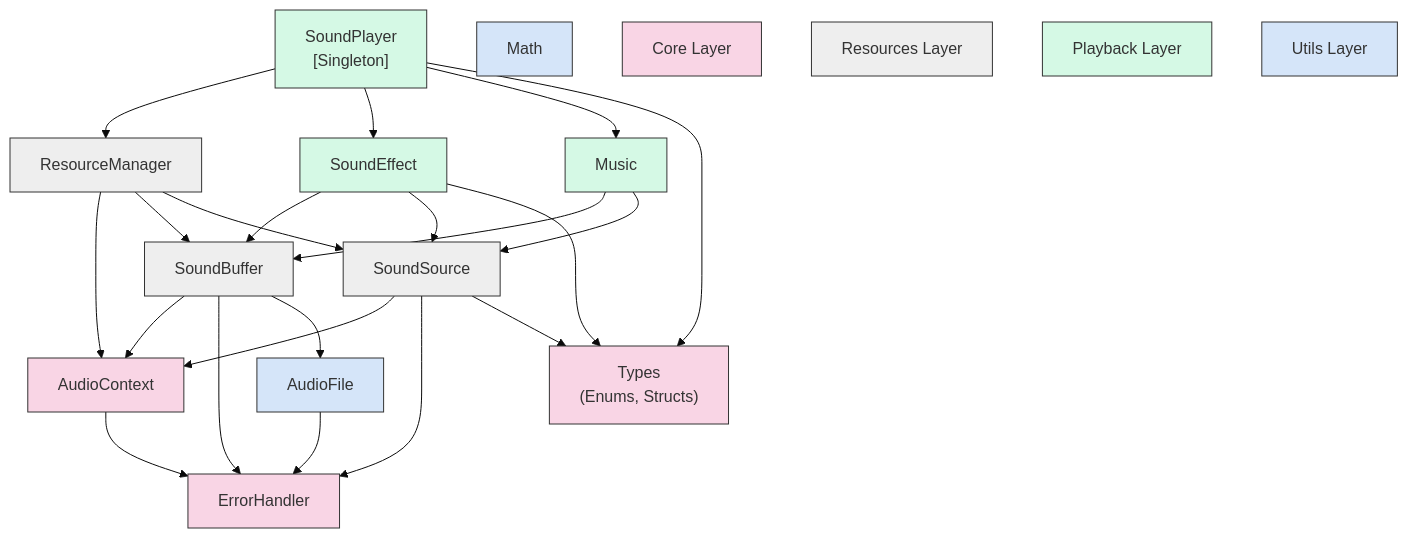
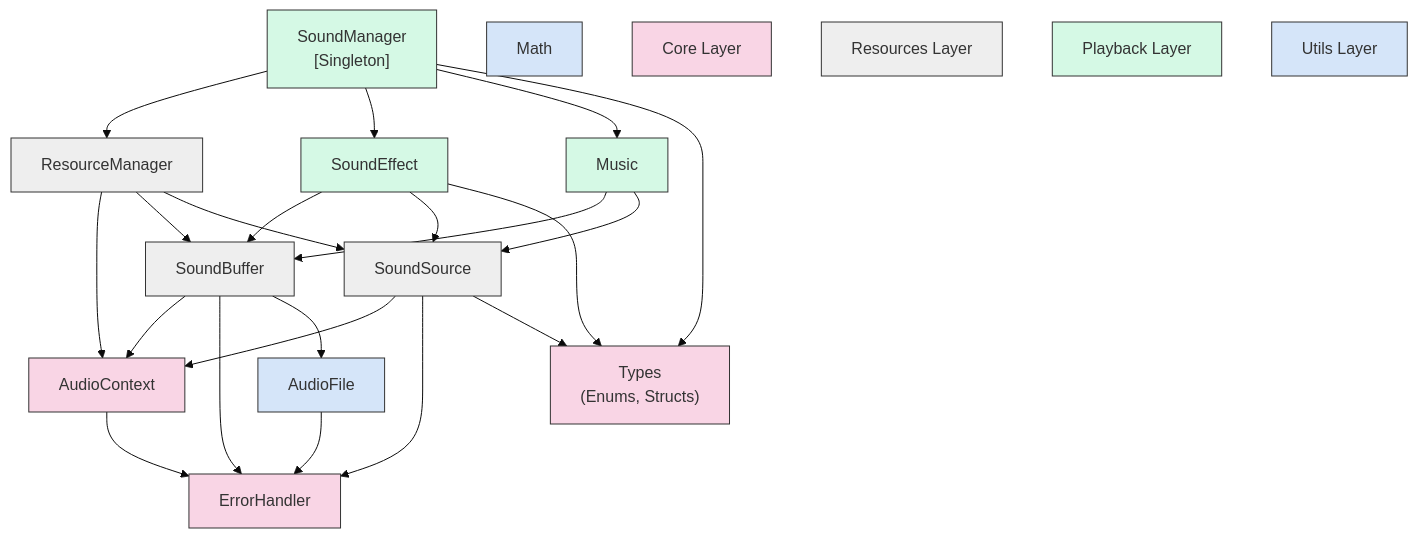
Before and after one commit to nircoe/soundcoe: the diagram in design/flow.md, drawn with Mermaid (base theme). The commit also changed 29 other files, not shown here.

First line of the commit message:
[Core]: Implement sound manager and public API (#3)

```diff
--- a/design/flow.md
+++ b/design/flow.md
@@ -19,7 +19,7 @@
     %% Playback Layer Nodes
     SoundEffect["SoundEffect"]:::playback
     Music["Music"]:::playback
-    SoundPlayer["SoundPlayer\n[Singleton]"]:::playback
+    SoundManager["SoundManager\n[Singleton]"]:::playback
     
     %% Utils Layer Nodes
     AudioFile["AudioFile"]:::utils
@@ -45,10 +45,10 @@
     SoundEffect --> Types
     Music --> SoundBuffer
     Music --> SoundSource
-    SoundPlayer --> ResourceManager
-    SoundPlayer --> SoundEffect
-    SoundPlayer --> Music
-    SoundPlayer --> Types
+    SoundManager --> ResourceManager
+    SoundManager --> SoundEffect
+    SoundManager --> Music
+    SoundManager --> Types
     
     %% Utils Layer Relationships
     AudioFile --> ErrorHandler
@@ -75,7 +75,7 @@
     %% subgraph Playback
     %%     SoundEffect
     %%     Music
-    %%     SoundPlayer
+    %%     SoundManager
     %% end
     
     %% subgraph Utils
```
